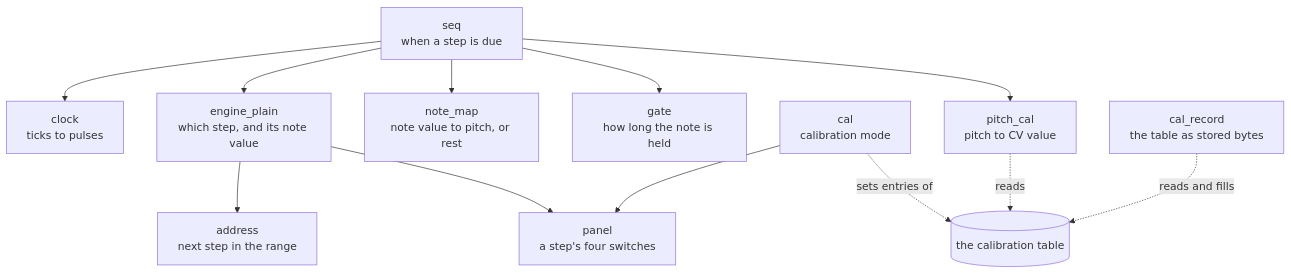
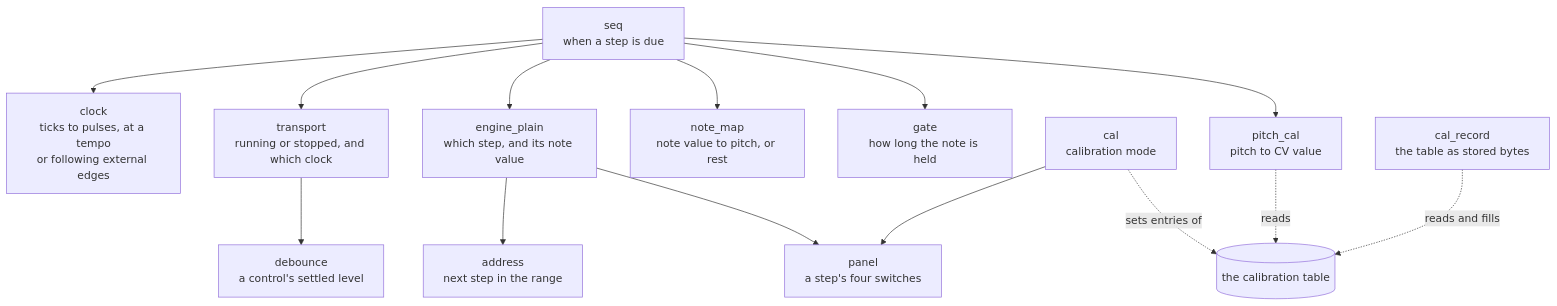
One commit to BonelessPig/nano_sequencer changed the sixth of 26 diagrams in docs/ARCHITECTURE.md. Above: the diagram before and after it, drawn with Mermaid. The commit also changed other lines of this file and 66 other files, not shown here.

````diff
--- a/docs/ARCHITECTURE.md
+++ b/docs/ARCHITECTURE.md
@@ -304,14 +336,16 @@
 ```mermaid
 flowchart TD
-    seq["seq<br/>when a step is due"] --> clock["clock<br/>ticks to pulses"]
+    seq["seq<br/>when a step is due"] --> clock["clock<br/>ticks to pulses, at a tempo<br/>or following external edges"]
+    seq --> transport["transport<br/>running or stopped, and which clock"]
+    transport --> debounce["debounce<br/>a control's settled level"]
     seq --> engine["engine_plain<br/>which step, and its note value"]
     seq --> note["note_map<br/>note value to pitch, or rest"]
     seq --> gate["gate<br/>how long the note is held"]
     seq --> cal["pitch_cal<br/>pitch to CV value"]
     engine --> address["address<br/>next step in the range"]
     engine --> panel["panel<br/>a step's four switches"]
     calm["cal<br/>calibration mode"] --> panel
     calm -.->|"sets entries of"| table[("the calibration table")]
     cal -.->|"reads"| table
     rec["cal_record<br/>the table as stored bytes"] -.->|"reads and fills"| table
 ```
````
